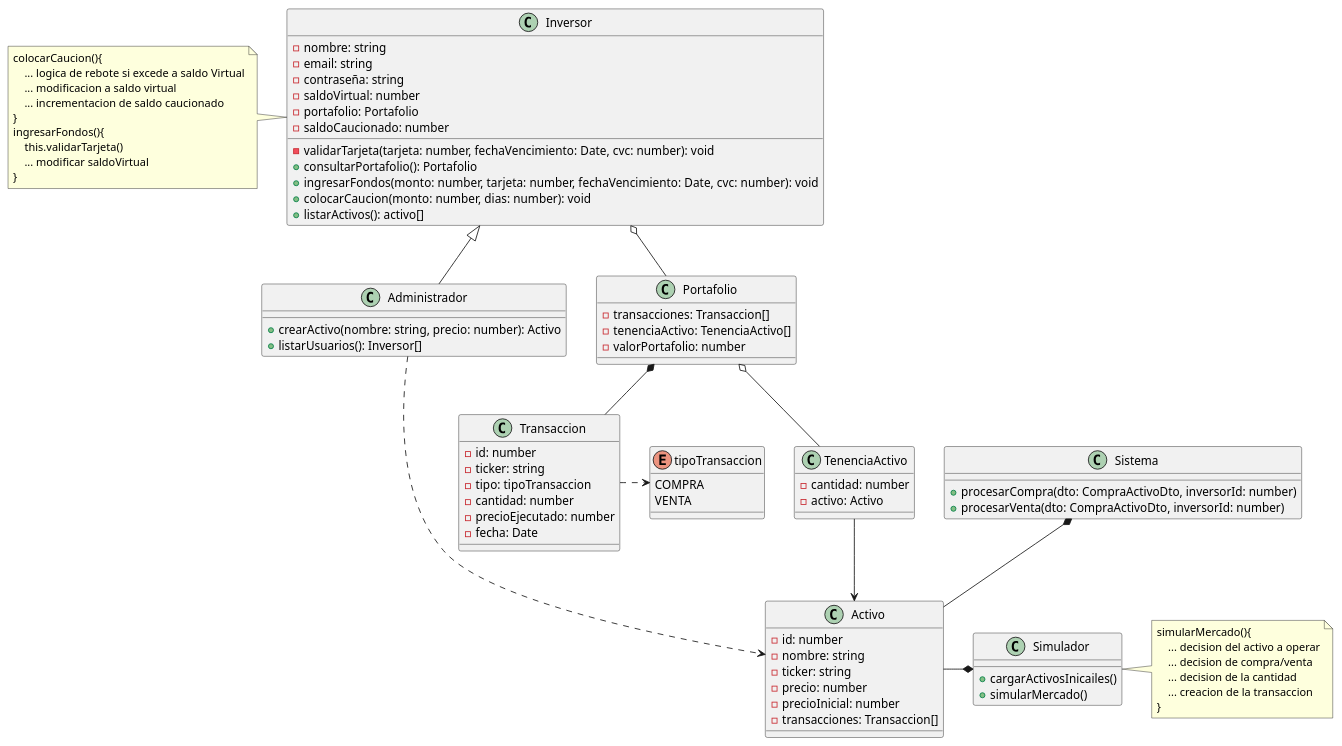
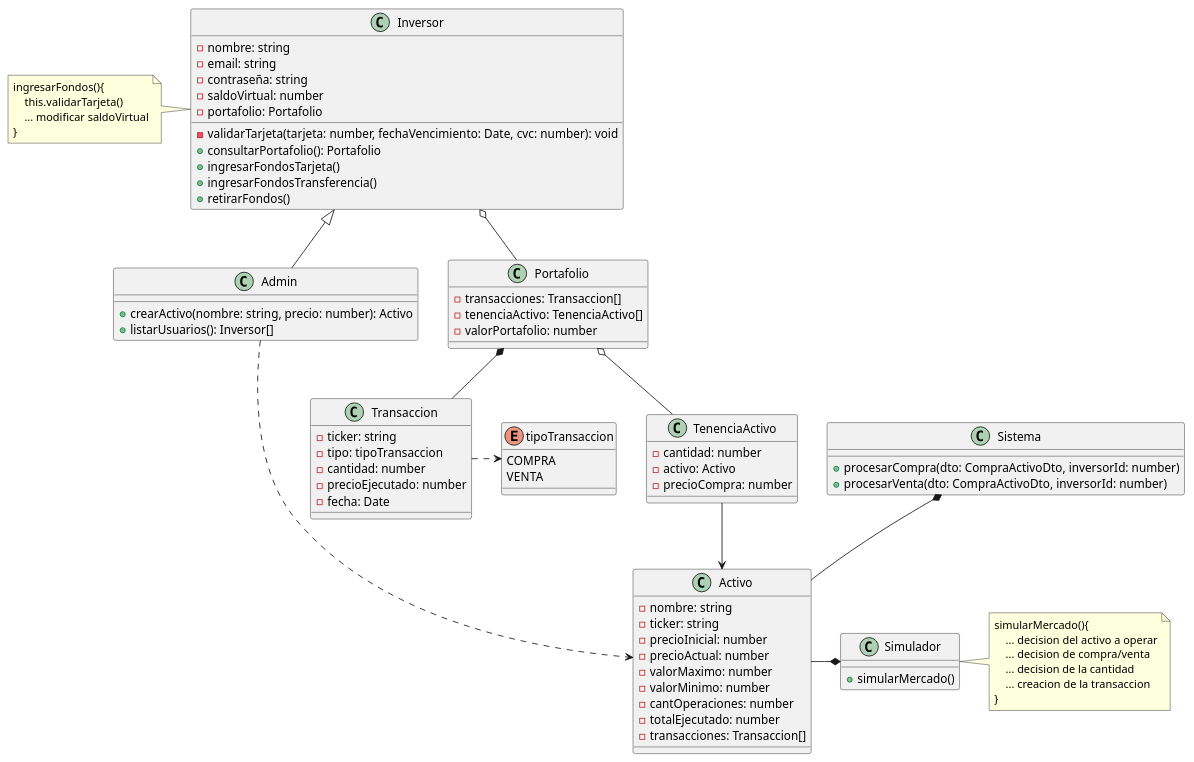
One commit to Nash-Blip/Simulador-de-Inversiones changed the diagram in diagramas/diagrama_de_clases.puml. Above: the diagram before and after it, drawn with PlantUML. The commit also changed 2 other files, not shown here.

Commit message:
actualizo diagrama de clases

```diff
--- a/diagramas/diagrama_de_clases.puml
+++ b/diagramas/diagrama_de_clases.puml
@@ -1,98 +1,94 @@
 @startuml name diagrama de clases
 
 enum tipoTransaccion{
     COMPRA
     VENTA
 }
 
 class Inversor{
     - nombre: string
     - email: string
     - contraseña: string
     - saldoVirtual: number
     - portafolio: Portafolio
-    - saldoCaucionado: number
 
     - validarTarjeta(tarjeta: number, fechaVencimiento: Date, cvc: number): void
     + consultarPortafolio(): Portafolio
-    + ingresarFondos(monto: number, tarjeta: number, fechaVencimiento: Date, cvc: number): void
-    + colocarCaucion(monto: number, dias: number): void
-    + listarActivos(): activo[]
+    + ingresarFondosTarjeta()
+    + ingresarFondosTransferencia()
+    + retirarFondos()
 }
 
-class Administrador extends Inversor{
+class Admin extends Inversor{
     + crearActivo(nombre: string, precio: number): Activo
     + listarUsuarios(): Inversor[]
 }
 
 class Portafolio{
     - transacciones: Transaccion[]
     - tenenciaActivo: TenenciaActivo[]
     - valorPortafolio: number
 }
 
 class TenenciaActivo{
     - cantidad: number
     - activo: Activo
+    - precioCompra: number
 }
 
 class Transaccion{
-    - id: number
     - ticker: string
     - tipo: tipoTransaccion
     - cantidad: number
     - precioEjecutado: number
     - fecha: Date
 }
 
 class Activo{
-    - id: number
     - nombre: string
     - ticker: string
-    - precio: number
     - precioInicial: number
+    - precioActual: number
+    - valorMaximo: number
+    - valorMinimo: number
+    - cantOperaciones: number
+    - totalEjecutado: number
     - transacciones: Transaccion[]
 }
 
 class Simulador{
-    + cargarActivosInicailes()
     + simularMercado()
 }
 
 class Sistema{
     + procesarCompra(dto: CompraActivoDto, inversorId: number)
     + procesarVenta(dto: CompraActivoDto, inversorId: number)
 }
 
 
 note right of Simulador 
     simularMercado(){
         ... decision del activo a operar
         ... decision de compra/venta
         ... decision de la cantidad
         ... creacion de la transaccion 
     }
 end note
 
 note left of Inversor 
-    colocarCaucion(){
-        ... logica de rebote si excede a saldo Virtual
-        ... modificacion a saldo virtual
-        ... incrementacion de saldo caucionado
-    }
     ingresarFondos(){
         this.validarTarjeta()
         ... modificar saldoVirtual
     }
 end note
 
 Inversor o-- Portafolio 
 Portafolio *-- Transaccion
 Transaccion .r.> tipoTransaccion
-Administrador ..> Activo
+Admin ..> Activo
 Portafolio o-- TenenciaActivo
 TenenciaActivo --> Activo
 Simulador *-l- Activo
 Sistema *-d- Activo
 
 @enduml
```
